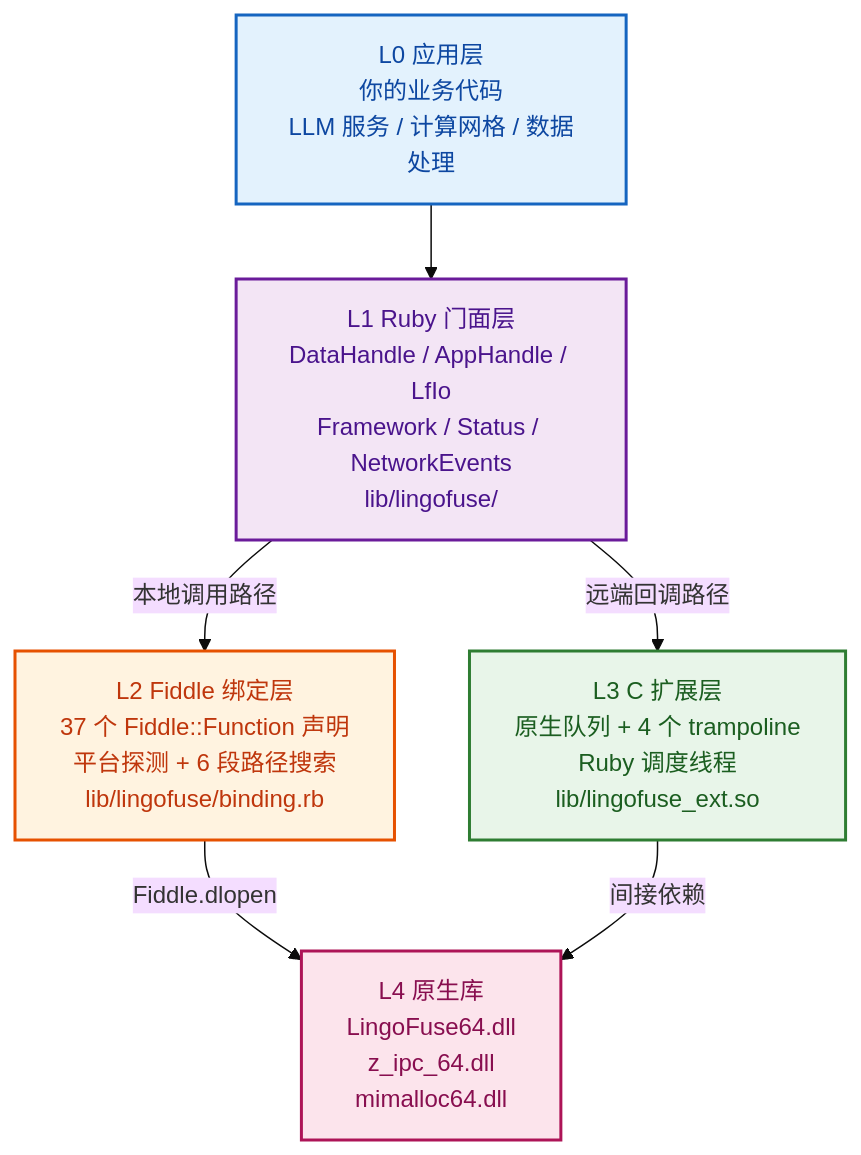
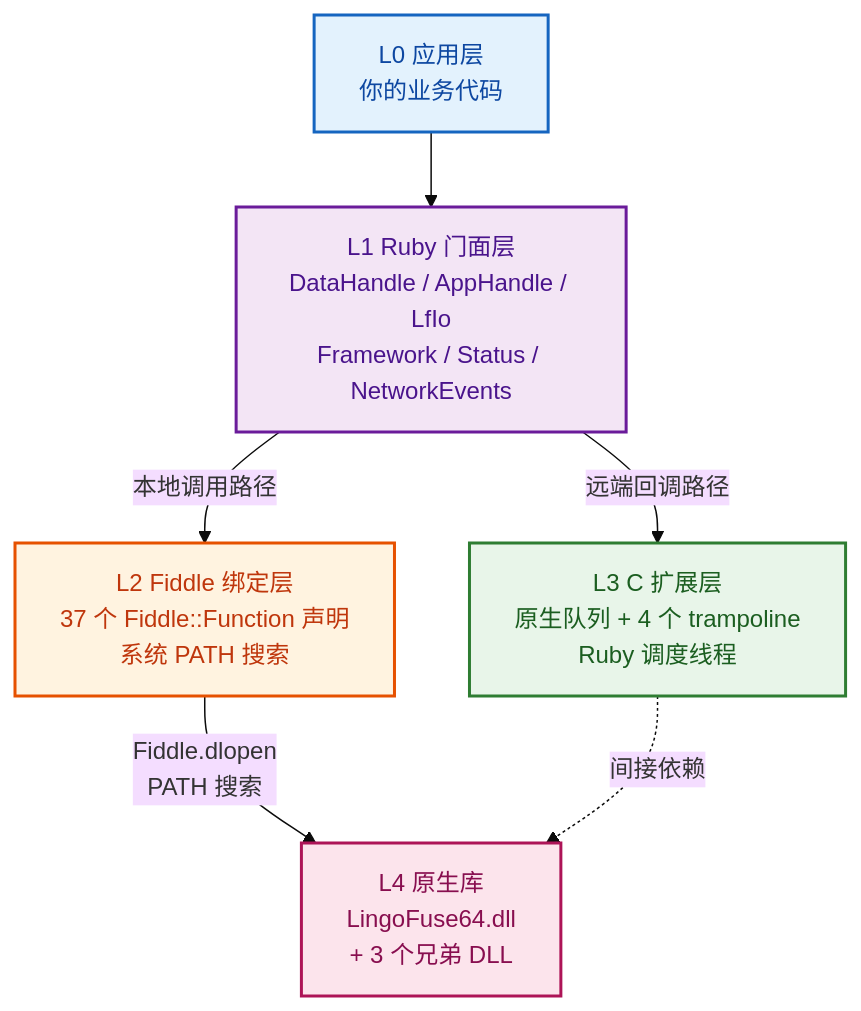
One commit to PassByYou888/LingoFuse changed the first of 21 diagrams in ruby/README.md. Above: the diagram before and after it, drawn with Mermaid (base theme). The commit also changed other lines of this file and 8 other files, not shown here.

````diff
--- a/ruby/README.md
+++ b/ruby/README.md
@@ -44,26 +44,26 @@
 ```mermaid
 flowchart TD
-    L0["L0 应用层<br/>你的业务代码<br/>LLM 服务 / 计算网格 / 数据处理"]
-    L1["L1 Ruby 门面层<br/>DataHandle / AppHandle / LfIo<br/>Framework / Status / NetworkEvents<br/>lib/lingofuse/"]
-    L2["L2 Fiddle 绑定层<br/>37 个 Fiddle::Function 声明<br/>平台探测 + 6 段路径搜索<br/>lib/lingofuse/binding.rb"]
-    L3["L3 C 扩展层<br/>原生队列 + 4 个 trampoline<br/>Ruby 调度线程<br/>lib/lingofuse_ext.so"]
-    L4["L4 原生库<br/>LingoFuse64.dll<br/>z_ipc_64.dll<br/>mimalloc64.dll"]
+    L0["L0 应用层<br/>你的业务代码"]
+    L1["L1 Ruby 门面层<br/>DataHandle / AppHandle / LfIo<br/>Framework / Status / NetworkEvents"]
+    L2["L2 Fiddle 绑定层<br/>37 个 Fiddle::Function 声明<br/>系统 PATH 搜索"]
+    L3["L3 C 扩展层<br/>原生队列 + 4 个 trampoline<br/>Ruby 调度线程"]
+    L4["L4 原生库<br/>LingoFuse64.dll<br/>+ 3 个兄弟 DLL"]
 
     L0 --> L1
     L1 -->|"本地调用路径"| L2
     L1 -->|"远端回调路径"| L3
-    L2 -->|"Fiddle.dlopen"| L4
-    L3 -->|"间接依赖"| L4
+    L2 -->|"Fiddle.dlopen<br/>PATH 搜索"| L4
+    L3 -.->|"间接依赖"| L4
 
     classDef app fill:#E3F2FD,stroke:#1565C0,stroke-width:2px,color:#0D47A1
     classDef facade fill:#F3E5F5,stroke:#6A1B9A,stroke-width:2px,color:#4A148C
     classDef fiddle fill:#FFF3E0,stroke:#E65100,stroke-width:2px,color:#BF360C
     classDef cext fill:#E8F5E9,stroke:#2E7D32,stroke-width:2px,color:#1B5E20
     classDef native fill:#FCE4EC,stroke:#AD1457,stroke-width:2px,color:#880E4F
 
     class L0 app
     class L1 facade
     class L2 fiddle
     class L3 cext
     class L4 native
 ```
````
